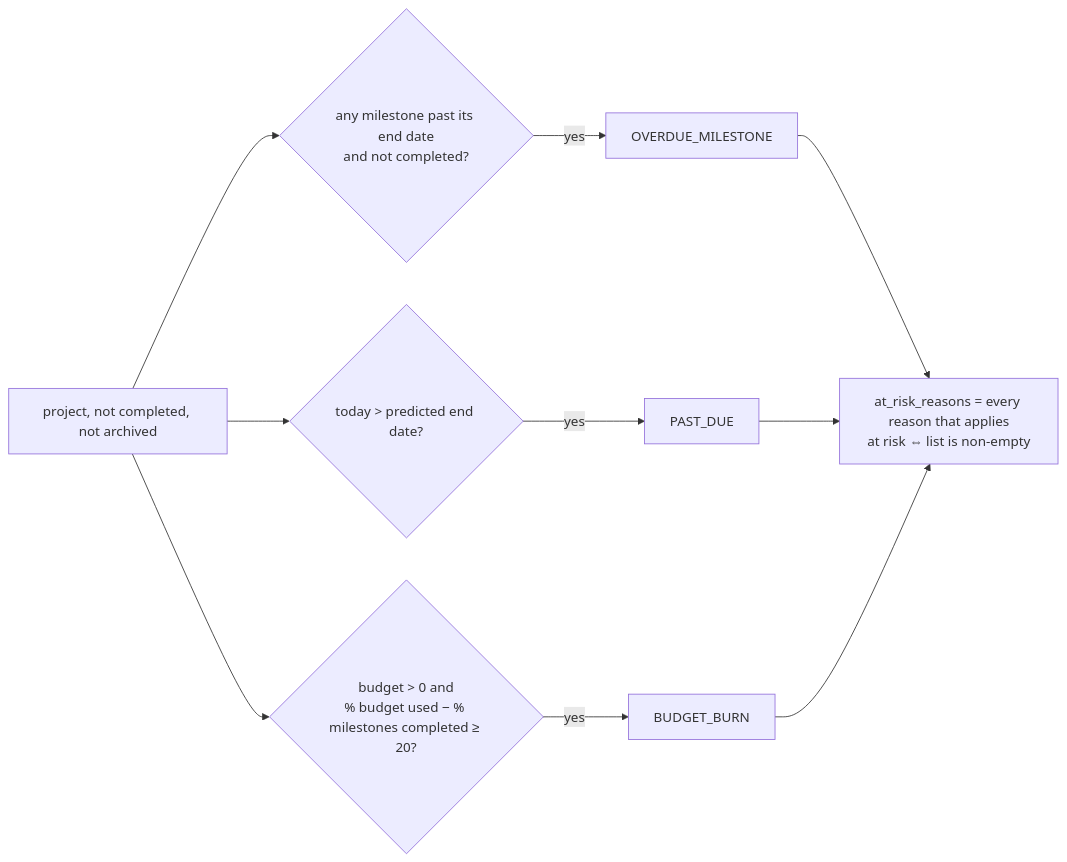
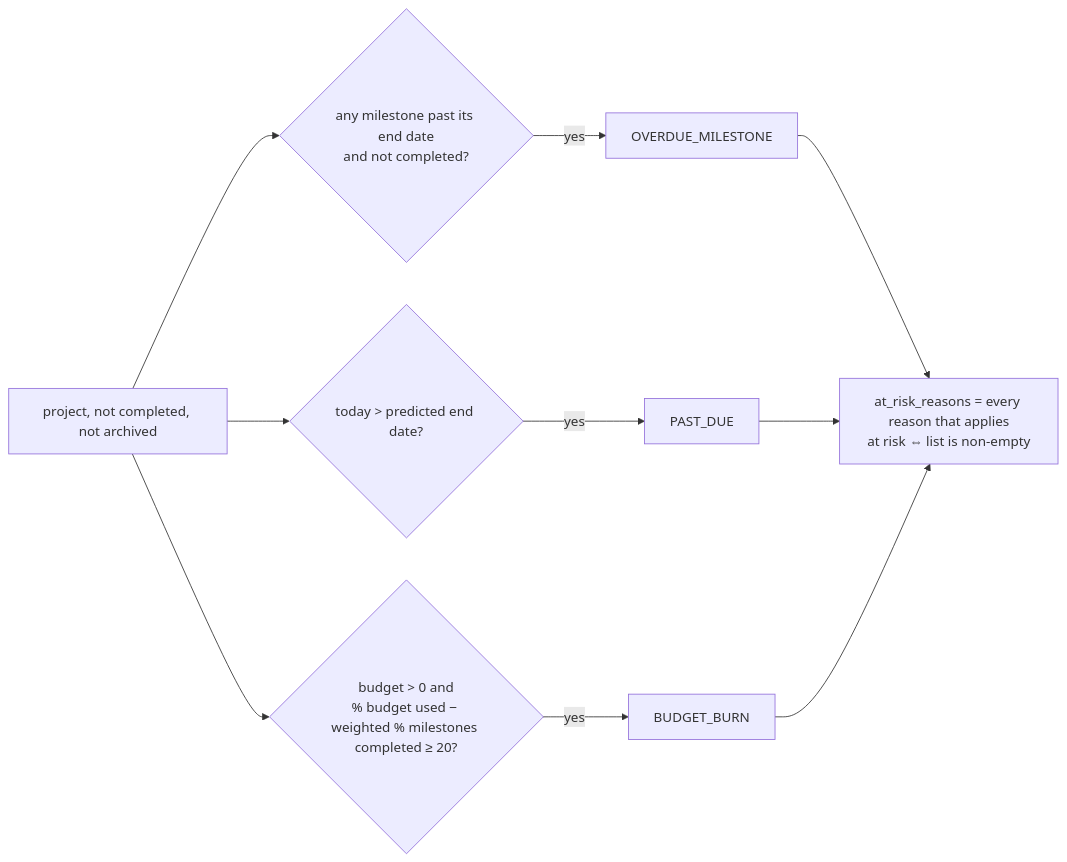
The sixth of 9 diagrams in docs/project/LOGIC_WALKTHROUGH.md (RootMoataz/citi-overwatch), drawn with Mermaid before and after one commit. The commit also changed other lines of this file and 15 other files, not shown here.

````diff
--- a/docs/project/LOGIC_WALKTHROUGH.md
+++ b/docs/project/LOGIC_WALKTHROUGH.md
@@ -158,10 +158,10 @@
 ```mermaid
 flowchart LR
   P[project, not completed, not archived] --> R1{any milestone past its end date<br/>and not completed?}
   P --> R2{today > predicted end date?}
-  P --> R3{"budget > 0 and<br/>% budget used − % milestones completed ≥ 20?"}
+  P --> R3{"budget > 0 and<br/>% budget used − weighted % milestones completed ≥ 20?"}
   R1 -- yes --> A1[OVERDUE_MILESTONE]
   R2 -- yes --> A2[PAST_DUE]
   R3 -- yes --> A3[BUDGET_BURN]
   A1 & A2 & A3 --> OUT[at_risk_reasons = every reason that applies<br/>at risk ⇔ list is non-empty]
 ```
````
